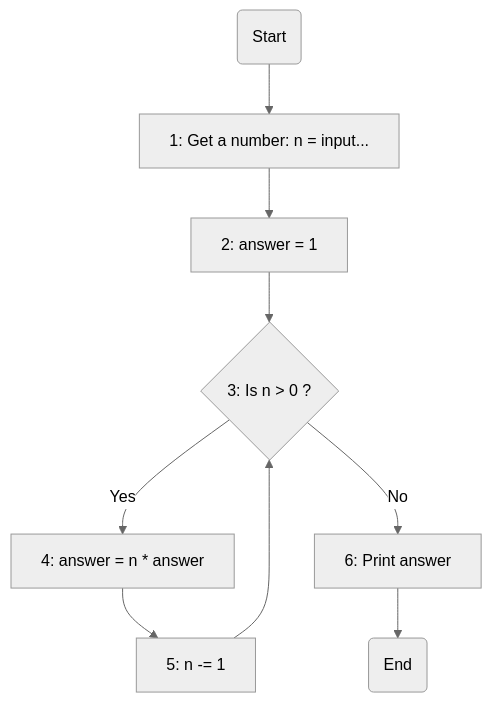
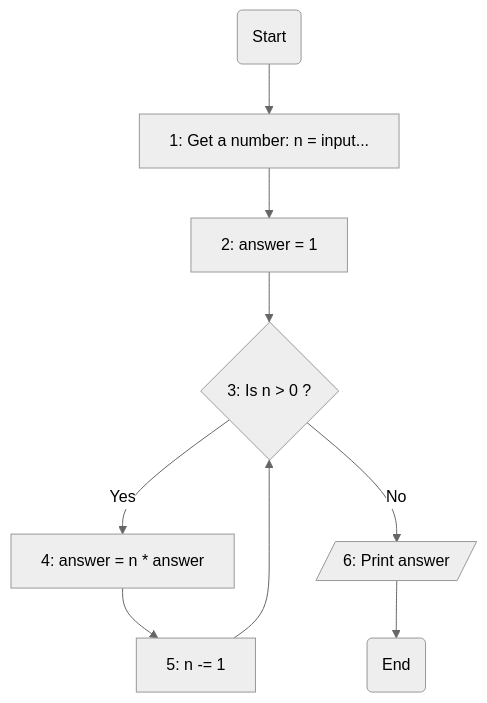
Before and after one commit to hayyaun/kids: the diagram in helps/exercise-3-1.md, drawn with Mermaid (neutral theme). The commit also changed 1 other file, not shown here.

````diff
--- a/helps/exercise-3-1.md
+++ b/helps/exercise-3-1.md
@@ -41,11 +41,13 @@
 ```mermaid
 flowchart TD
     A(Start) --> B["1: Get a number: n = input..."]
     B --> C[2: answer = 1]
     C --> D{3: Is n > 0 ?}
     D -- Yes --> E[4: answer = n * answer]
     E --> F[5: n -= 1]
     F --> D
     D -- No --> G[6: Print answer]
     G --> H(End)
+
+    G@{ shape: in-out}
 ```
````
